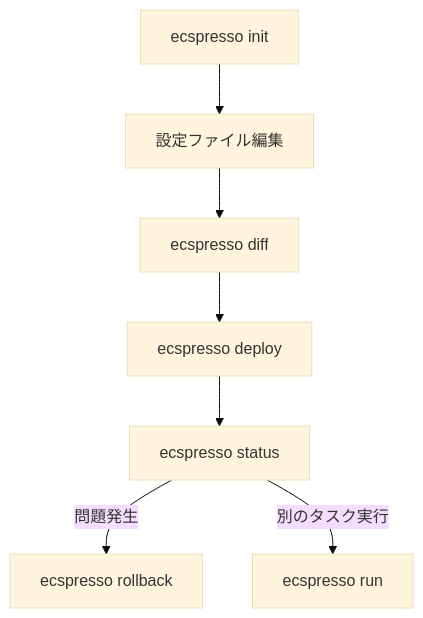
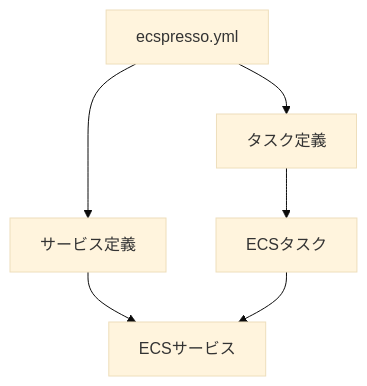
Before and after one commit to bufferings/devin-docs: the diagram in ecspresso/quickstart/basic-usage.md, drawn with Mermaid (base theme). The commit also changed other lines of this file and 16 other files, not shown here.

````diff
--- a/ecspresso/quickstart/basic-usage.md
+++ b/ecspresso/quickstart/basic-usage.md
@@ -69,9 +55,8 @@
 ```mermaid
 graph TD
-    A[ecspresso init] --> B[設定ファイル編集]
-    B --> C[ecspresso diff]
-    C --> D[ecspresso deploy]
-    D --> E[ecspresso status]
-    E -->|問題発生| F[ecspresso rollback]
-    E -->|別のタスク実行| G[ecspresso run]
+    A[ecspresso.yml] --> B[タスク定義]
+    A --> C[サービス定義]
+    B --> D[ECSタスク]
+    C --> E[ECSサービス]
+    D --> E
 ```
````
